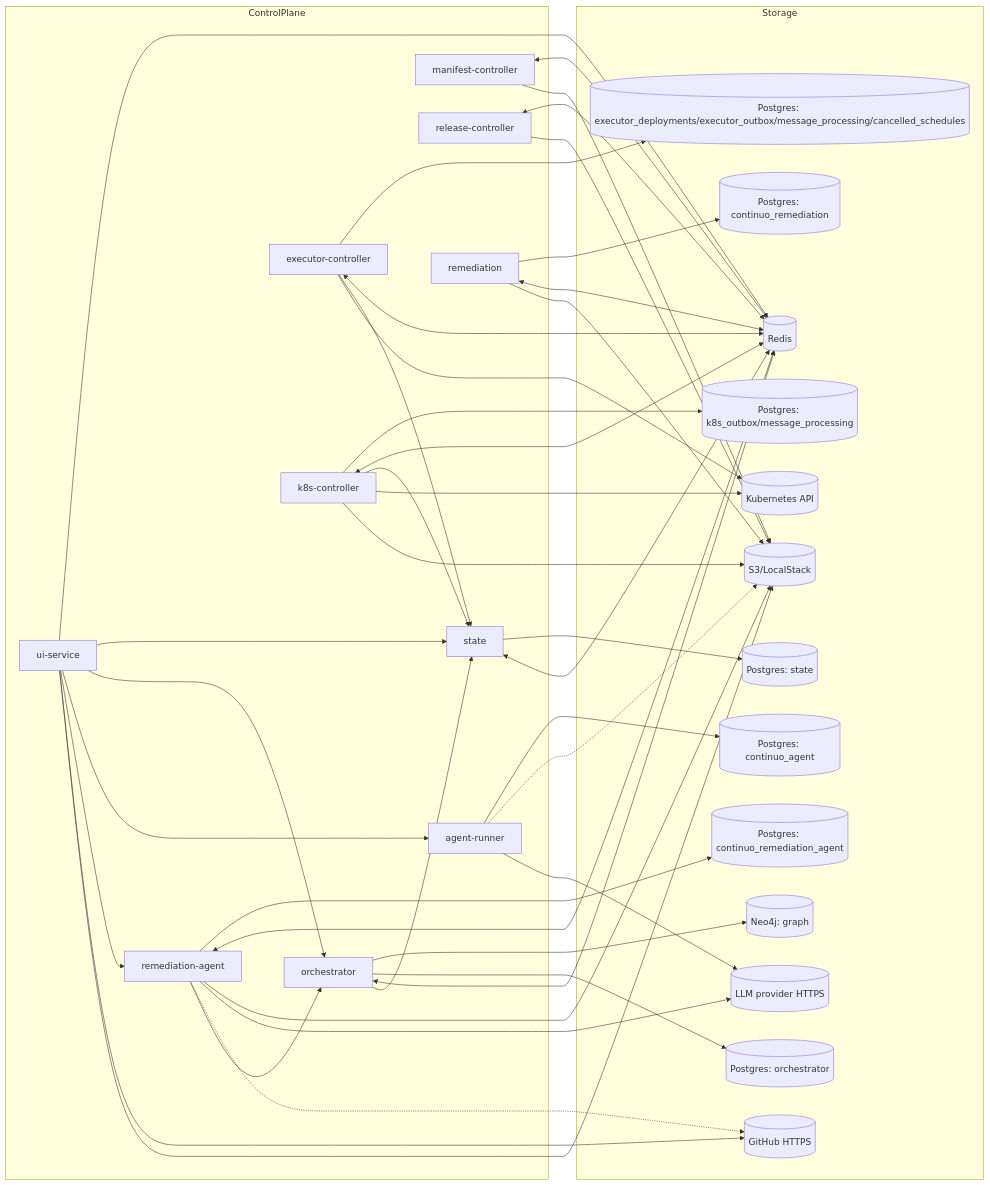
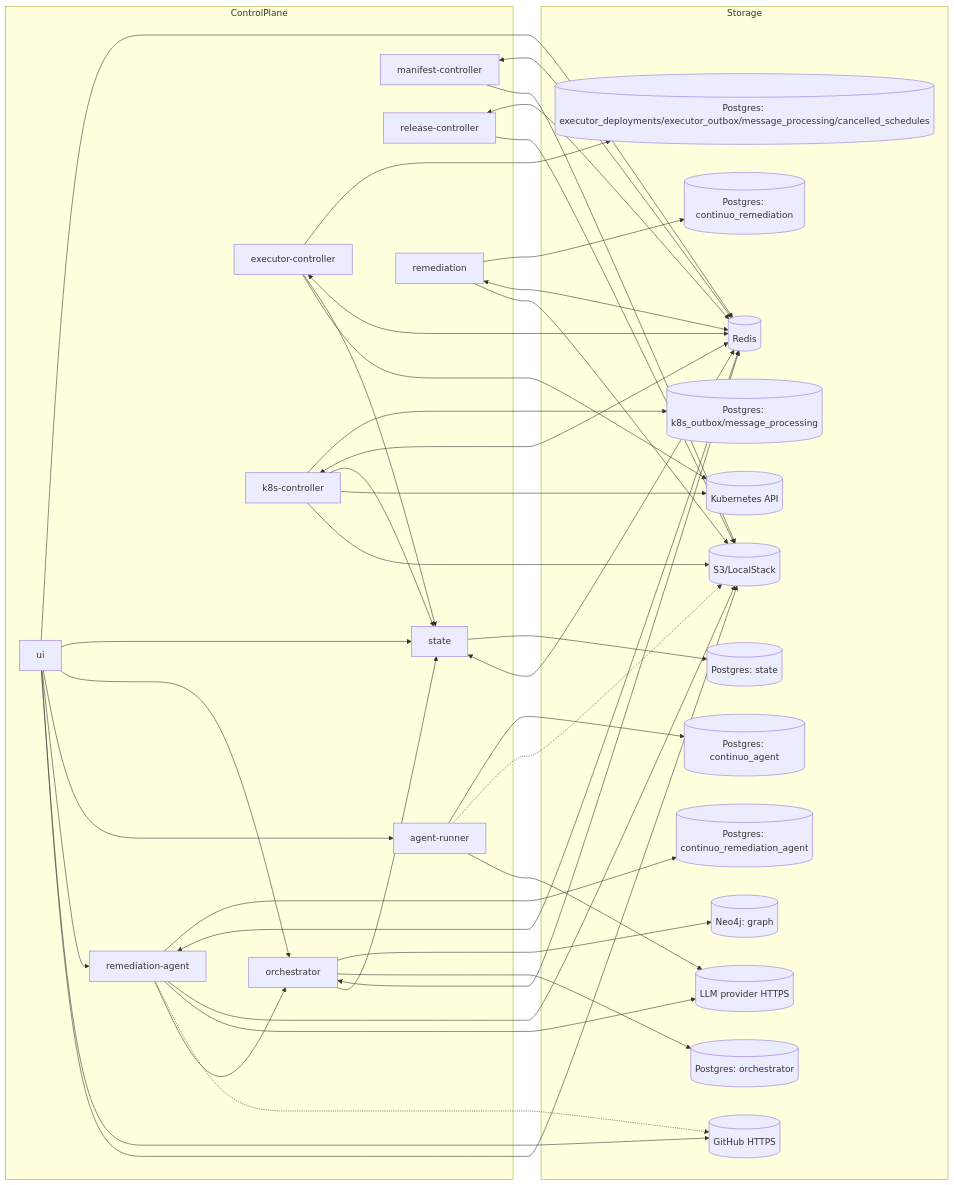
Before and after one commit to carolsimone/continuo: the first of 2 diagrams in docs/arch/01-topology.md, drawn with Mermaid. The commit also changed other lines of this file and 230 other files, not shown here.

````diff
--- a/docs/arch/01-topology.md
+++ b/docs/arch/01-topology.md
@@ -5,73 +5,73 @@
 ```mermaid
 flowchart LR
   subgraph ControlPlane
     ST[state]
     OR[orchestrator]
     EC[executor-controller]
     KC[k8s-controller]
     MC[manifest-controller]
     RC[release-controller]
-    UI[ui-service]
+    UI[ui]
     AR[agent-runner]
     REM[remediation]
     REMA[remediation-agent]
   end
 
   subgraph Storage
     STDB[(Postgres: state)]
     ORPG[(Postgres: orchestrator)]
     GRDB[(Neo4j: graph)]
     ECPG[(Postgres: executor_deployments/executor_outbox/message_processing/cancelled_schedules)]
     KCPG[(Postgres: k8s_outbox/message_processing)]
     AGPG[(Postgres: continuo_agent)]
     REMPG[(Postgres: continuo_remediation)]
     REMAGPG[(Postgres: continuo_remediation_agent)]
     S3[(S3/LocalStack)]
     K8S[(Kubernetes API)]
     R[(Redis)]
     LLM[(LLM provider HTTPS)]
     GH[(GitHub HTTPS)]
   end
 
   ST --> STDB
   OR --> GRDB
   OR --> ORPG
   EC --> ECPG
   KC --> KCPG
   AR --> AGPG
   REM --> REMPG
   REMA --> REMAGPG
 
   ST <--> R
   OR <--> R
   EC <--> R
   KC <--> R
   MC <--> R
   RC <--> R
   UI --> R
   REM <--> R
   REMA <--> R
 
   OR --> ST
   EC --> ST
   KC --> ST
   UI --> ST
   UI --> OR
   UI --> AR
   UI --> REMA
   UI --> GH
 
   EC --> K8S
   KC --> K8S
   KC --> S3
   MC --> S3
   RC --> S3
   AR -.-> S3
   AR --> LLM
   REM --> S3
   REMA --> S3
   REMA --> LLM
   REMA -.-> GH
   REMA --> OR
   UI --> S3
 ```
````
